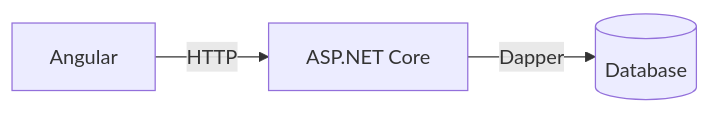
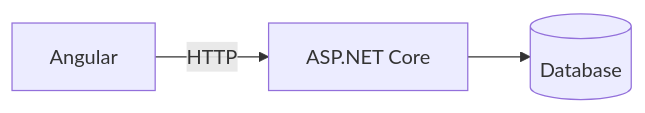
The diagram in README.md (Hihiz/WarehouseManagementWeb-preview), drawn with Mermaid before and after one commit.

````diff
--- a/README.md
+++ b/README.md
@@ -12,5 +12,5 @@
 ```mermaid
 flowchart LR
     A[Angular] -->|HTTP| B[ASP.NET Core]
-    B -->|Dapper| C[(Database)]
+    B -->| | C[(Database)]
 ```
````
